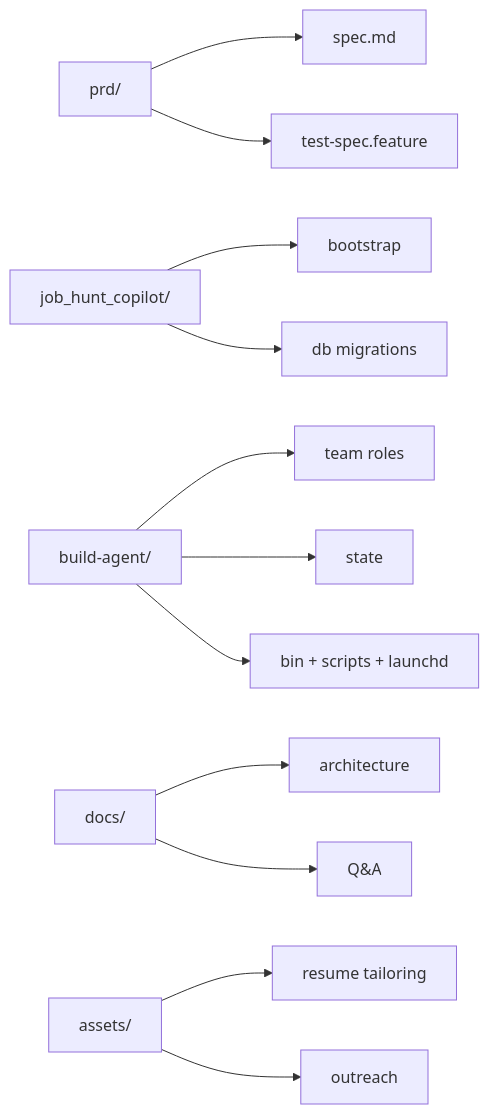
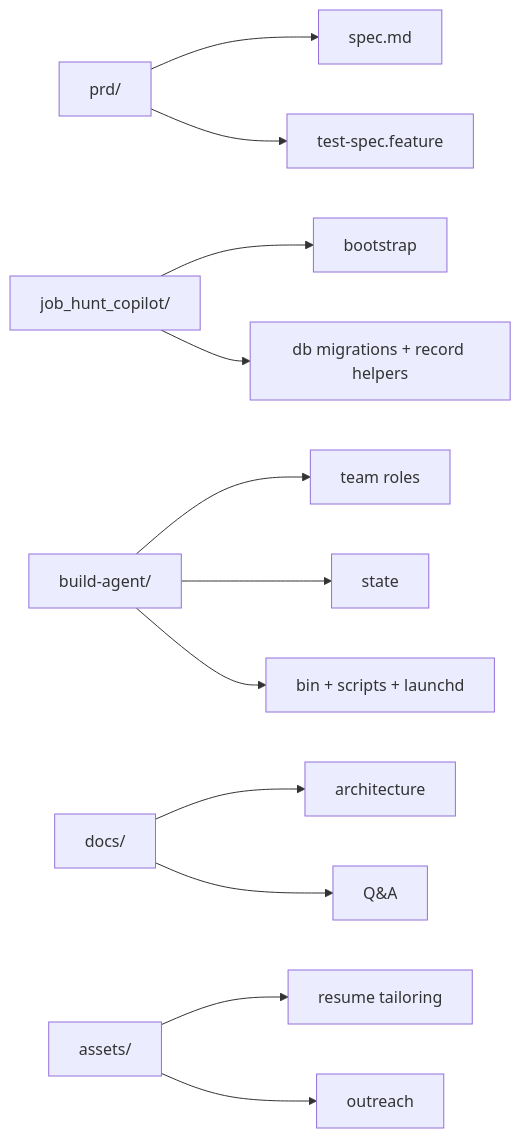
Before and after one commit to sontiachyut/job-hunt-copilot-v4: the fourth of 4 diagrams in docs/ARCHITECTURE.md, drawn with Mermaid. The commit also changed other lines of this file and 12 other files, not shown here.

````diff
--- a/docs/ARCHITECTURE.md
+++ b/docs/ARCHITECTURE.md
@@ -101,14 +102,14 @@
 ```mermaid
 flowchart LR
     A[prd/] --> A1[spec.md]
     A --> A2[test-spec.feature]
     B[job_hunt_copilot/] --> B1[bootstrap]
-    B --> B2[db migrations]
+    B --> B2[db migrations + record helpers]
     C[build-agent/] --> C1[team roles]
     C --> C2[state]
     C --> C3[bin + scripts + launchd]
     D[docs/] --> D1[architecture]
     D --> D2[Q&A]
     E[assets/] --> E1[resume tailoring]
     E --> E2[outreach]
 ```
````
